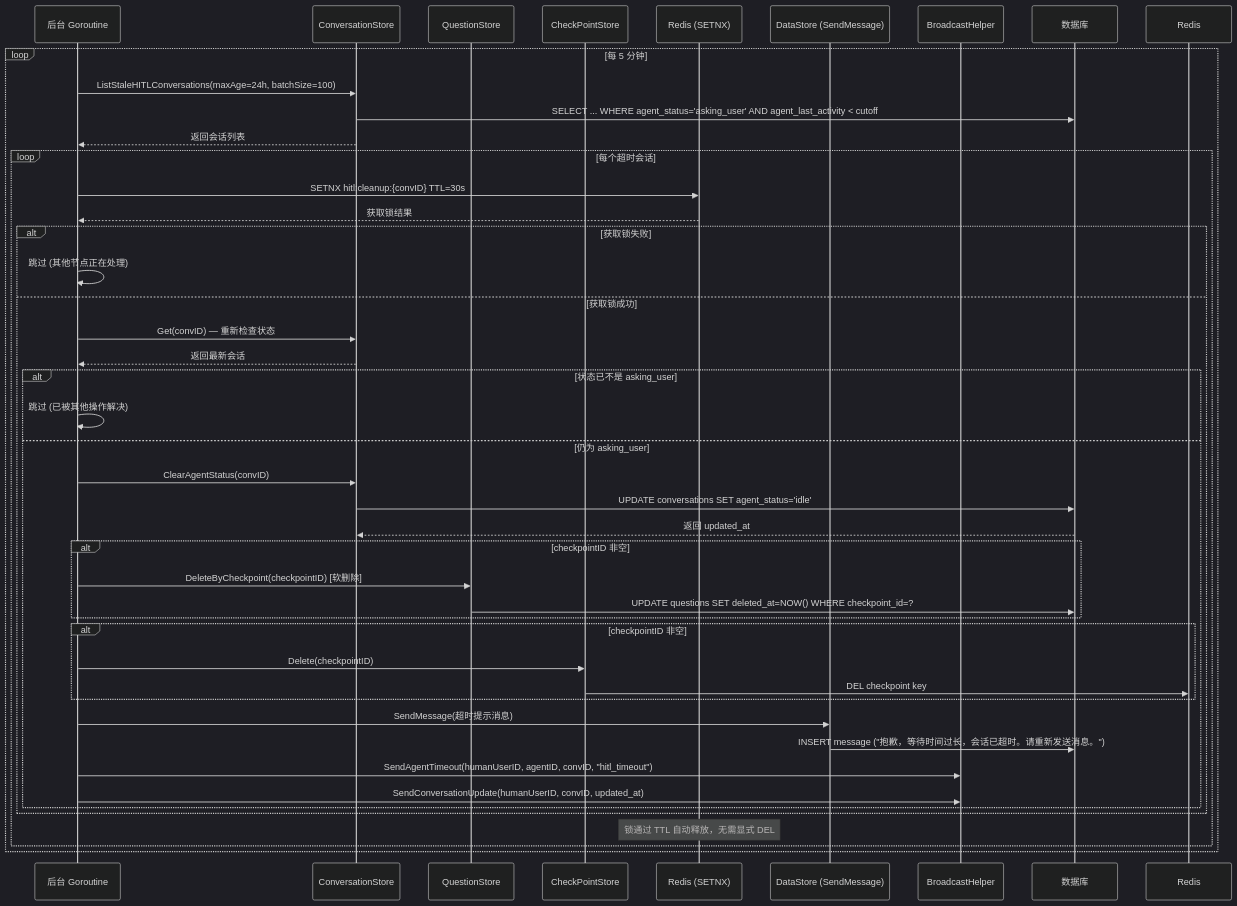
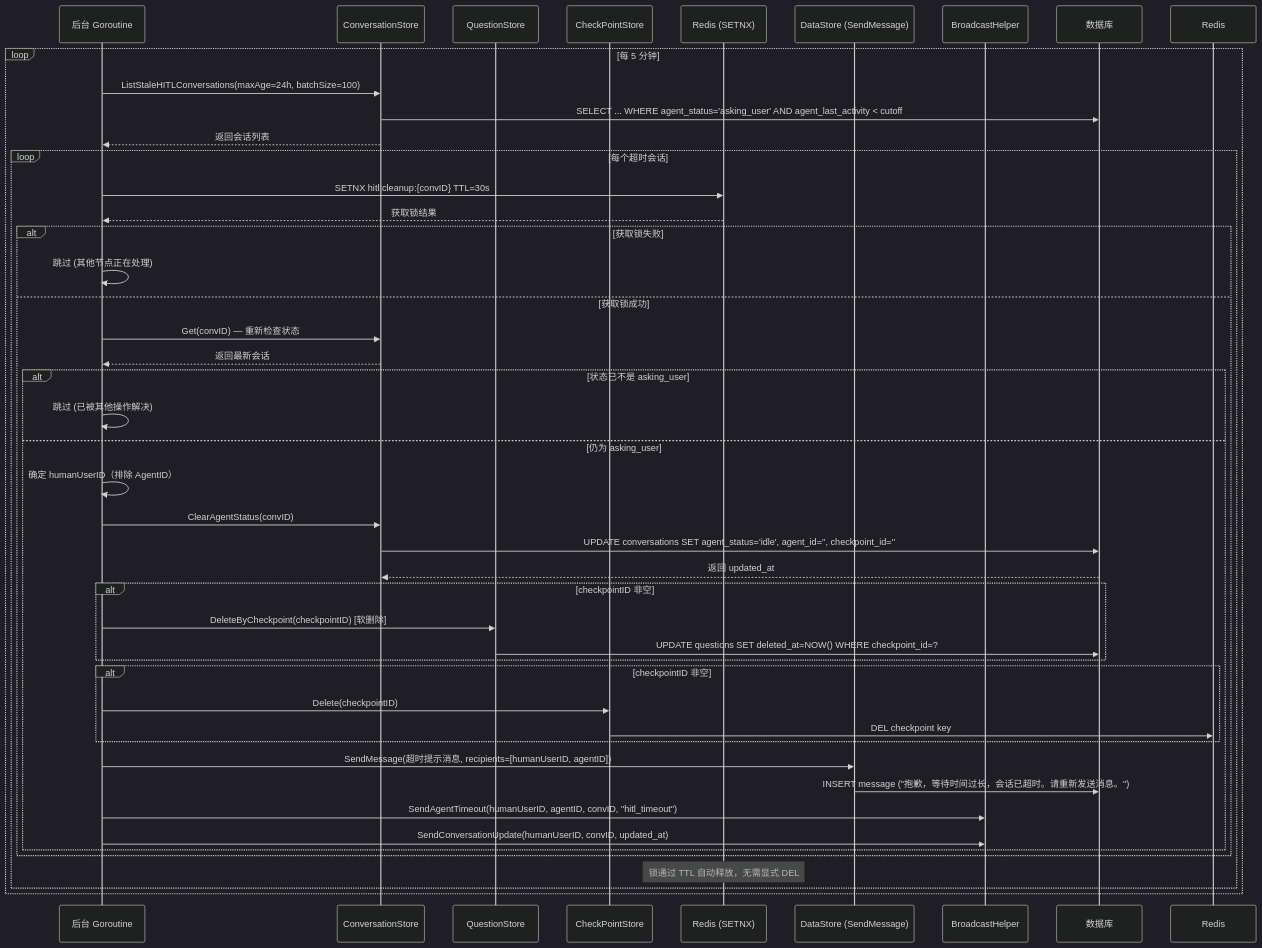
The second of 6 diagrams in wiki/flows/background-cleanup.md (PineappleBond/xyncra-server), drawn with Mermaid (dark theme) before and after one commit. The commit also changed other lines of this file and 16 other files, not shown here.

First line of the commit message:
docs(wiki): comprehensive review and fix of all flow documents

````diff
--- a/wiki/flows/background-cleanup.md
+++ b/wiki/flows/background-cleanup.md
@@ -91,54 +91,56 @@
 ```mermaid
 sequenceDiagram
     participant BG as 后台 Goroutine
     participant CS as ConversationStore
     participant QS as QuestionStore
     participant CP as CheckPointStore
     participant Lock as Redis (SETNX)
     participant DS as DataStore (SendMessage)
     participant BC as BroadcastHelper
     participant DB as 数据库
 
     loop 每 5 分钟
         BG->>CS: ListStaleHITLConversations(maxAge=24h, batchSize=100)
         CS->>DB: SELECT ... WHERE agent_status='asking_user' AND agent_last_activity < cutoff
         CS-->>BG: 返回会话列表
 
         loop 每个超时会话
             BG->>Lock: SETNX hitl:cleanup:{convID} TTL=30s
             Lock-->>BG: 获取锁结果
 
             alt 获取锁失败
                 BG->>BG: 跳过 (其他节点正在处理)
             else 获取锁成功
                 BG->>CS: Get(convID) — 重新检查状态
                 CS-->>BG: 返回最新会话
 
                 alt 状态已不是 asking_user
                     BG->>BG: 跳过 (已被其他操作解决)
                 else 仍为 asking_user
+                    BG->>BG: 确定 humanUserID（排除 AgentID）
+
                     BG->>CS: ClearAgentStatus(convID)
-                    CS->>DB: UPDATE conversations SET agent_status='idle'
+                    CS->>DB: UPDATE conversations SET agent_status='idle', agent_id='', checkpoint_id=''
                     DB-->>CS: 返回 updated_at
 
                     alt checkpointID 非空
                         BG->>QS: DeleteByCheckpoint(checkpointID) [软删除]
                         QS->>DB: UPDATE questions SET deleted_at=NOW() WHERE checkpoint_id=?
                     end
 
                     alt checkpointID 非空
                         BG->>CP: Delete(checkpointID)
                         CP->>Redis: DEL checkpoint key
                     end
 
-                    BG->>DS: SendMessage(超时提示消息)
+                    BG->>DS: SendMessage(超时提示消息, recipients=[humanUserID, agentID])
                     DS->>DB: INSERT message ("抱歉，等待时间过长，会话已超时。请重新发送消息。")
 
                     BG->>BC: SendAgentTimeout(humanUserID, agentID, convID, "hitl_timeout")
                     BG->>BC: SendConversationUpdate(humanUserID, convID, updated_at)
                 end
             end
             Note over Lock: 锁通过 TTL 自动释放，无需显式 DEL
         end
     end
 ```
````
